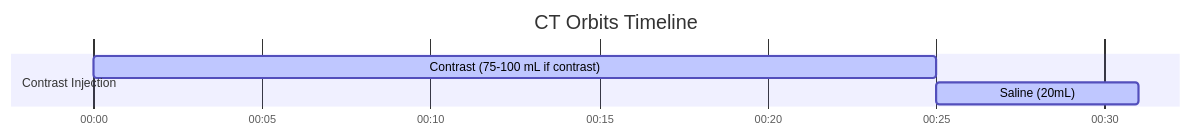
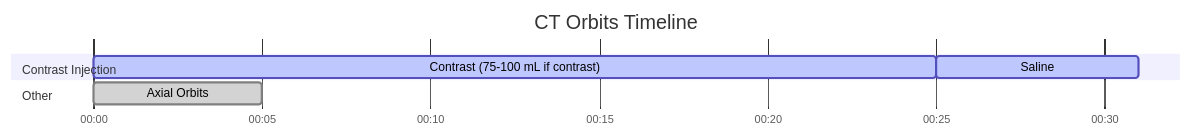
One commit to dfergs93/radiology-protocols changed the diagram in docs/ct/neuro/ct-orbits.md. Above: the diagram before and after it, drawn with Mermaid. The commit also changed other lines of this file and 101 other files, not shown here.

````diff
--- a/docs/ct/neuro/ct-orbits.md
+++ b/docs/ct/neuro/ct-orbits.md
@@ -82,14 +83,18 @@
   ```mermaid
   ---
+  displayMode: compact
   config:
     theme: default
+    themeCSS: " #Saline{ fill: #4ed5ff; stroke: #2094f3; } "
   ---
     gantt
       title CT Orbits Timeline
       dateFormat mm:ss
       axisFormat %M:%S 
       
       section Contrast Injection
       Contrast (75-100 mL if contrast)    :active, contrast, 00:00, 25s
-      Saline (20mL)          :active, saline, after contrast, 6s
+      Saline          :active, saline, after contrast, 6s
+      section Other
+      Axial Orbits    :done, scan1, 00:00, 5s
   ```
````
